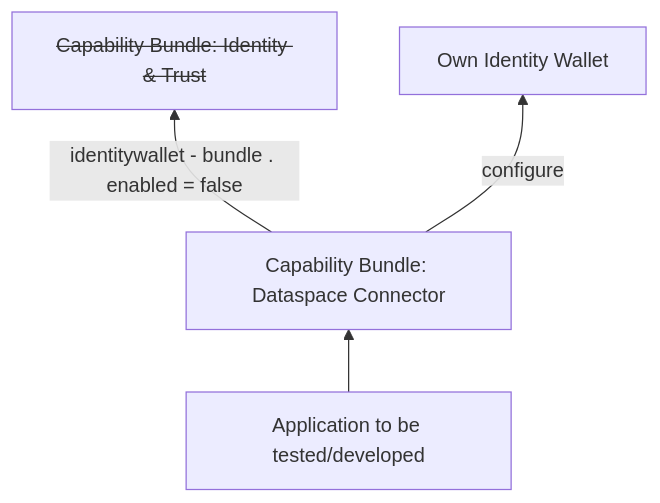
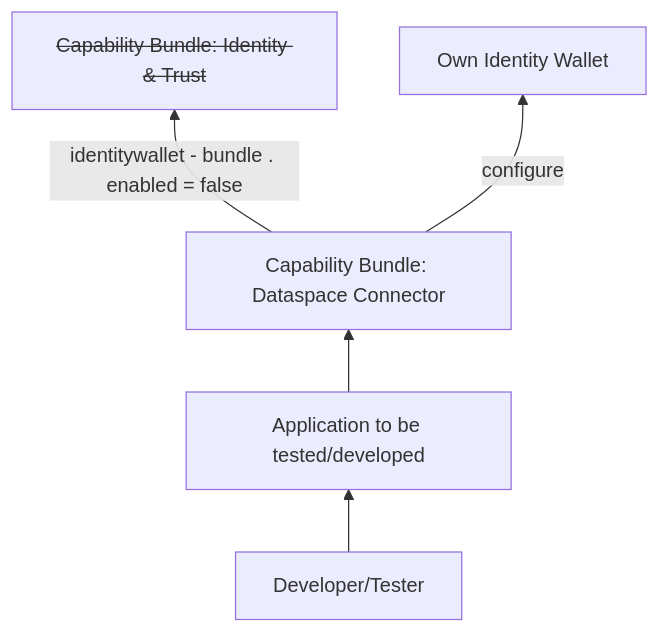
Before and after one commit to eclipse-tractusx/tractus-x-umbrella: the seventh of 8 diagrams in docs/concept/TAP7.1-solution-design.md, drawn with Mermaid. The commit also changed other lines of this file, not shown here.

`````diff
--- a/docs/concept/TAP7.1-solution-design.md
+++ b/docs/concept/TAP7.1-solution-design.md
@@ -410,10 +416,12 @@
 ````mermaid
 flowchart BT
     A["Application to be tested/developed"]
     B["Capability Bundle: Dataspace Connector"]
     C["<s>Capability Bundle: Identity & Trust</s>"]
     D["Own Identity Wallet"]
+    E["Developer/Tester"]
     A --> B
     B -- identitywallet - bundle . enabled = false --> C
     B -- configure --> D
+    E --> A
 ````
`````
